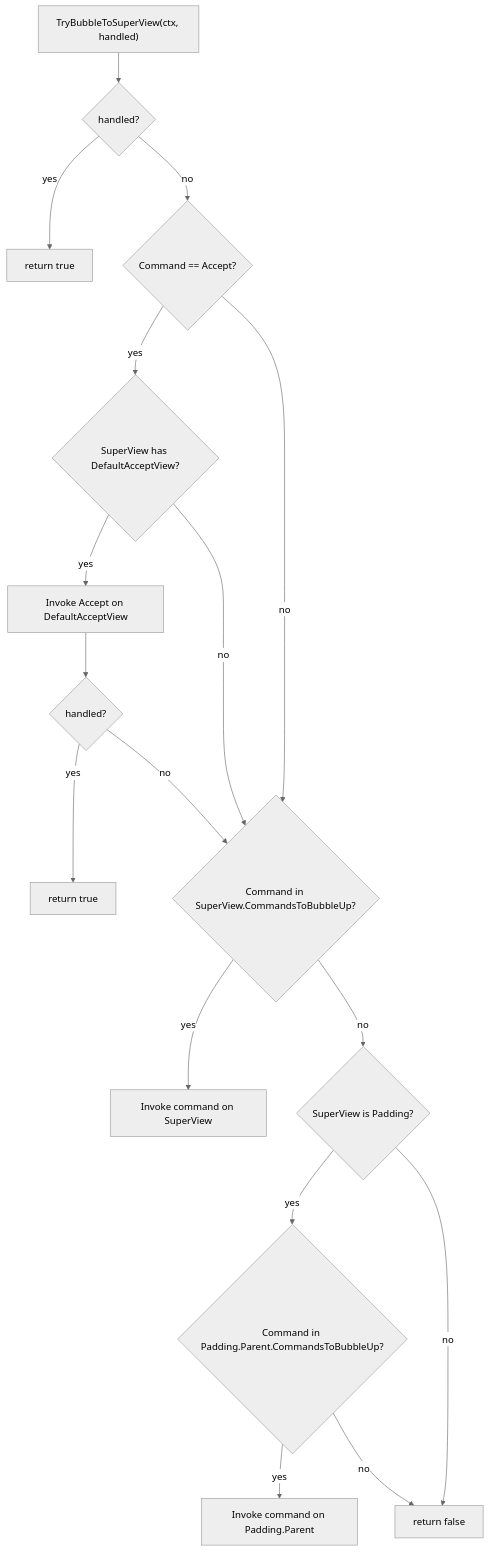
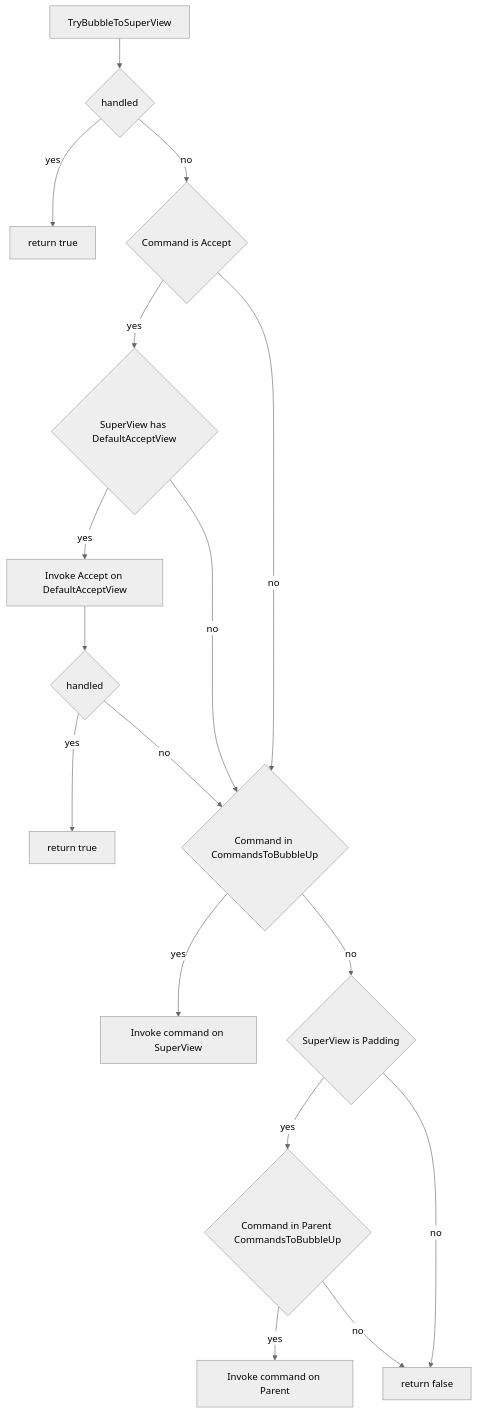
One commit to gui-cs/Terminal.Gui changed the second of 4 diagrams in docfx/docs/command.md. Above: the diagram before and after it, drawn with Mermaid (neutral theme). The commit also changed other lines of this file and 7 other files, not shown here.

````diff
--- a/docfx/docs/command.md
+++ b/docfx/docs/command.md
@@ -226,19 +226,19 @@
 ```mermaid
 flowchart TD
-    start["TryBubbleToSuperView(ctx, handled)"] --> check_handled{handled?}
-    check_handled --> |yes| return_true["return true"]
-    check_handled --> |no| check_accept{Command == Accept?}
-    check_accept --> |yes| check_default{"SuperView has DefaultAcceptView?"}
-    check_default --> |yes| invoke_default["Invoke Accept on DefaultAcceptView"]
-    invoke_default --> default_handled{handled?}
-    default_handled --> |yes| return_true2["return true"]
-    default_handled --> |no| check_bubble{"Command in SuperView.CommandsToBubbleUp?"}
+    start[TryBubbleToSuperView] --> check_handled{handled}
+    check_handled --> |yes| return_true[return true]
+    check_handled --> |no| check_accept{Command is Accept}
+    check_accept --> |yes| check_default{SuperView has DefaultAcceptView}
+    check_default --> |yes| invoke_default[Invoke Accept on DefaultAcceptView]
+    invoke_default --> default_handled{handled}
+    default_handled --> |yes| return_true2[return true]
+    default_handled --> |no| check_bubble{Command in CommandsToBubbleUp}
     check_default --> |no| check_bubble
     check_accept --> |no| check_bubble
-    check_bubble --> |yes| invoke_super["Invoke command on SuperView"]
-    check_bubble --> |no| check_padding{"SuperView is Padding?"}
-    check_padding --> |yes| check_parent{"Command in Padding.Parent.CommandsToBubbleUp?"}
-    check_parent --> |yes| invoke_parent["Invoke command on Padding.Parent"]
-    check_parent --> |no| return_false["return false"]
+    check_bubble --> |yes| invoke_super[Invoke command on SuperView]
+    check_bubble --> |no| check_padding{SuperView is Padding}
+    check_padding --> |yes| check_parent{Command in Parent CommandsToBubbleUp}
+    check_parent --> |yes| invoke_parent[Invoke command on Parent]
+    check_parent --> |no| return_false[return false]
     check_padding --> |no| return_false
 ```
````
